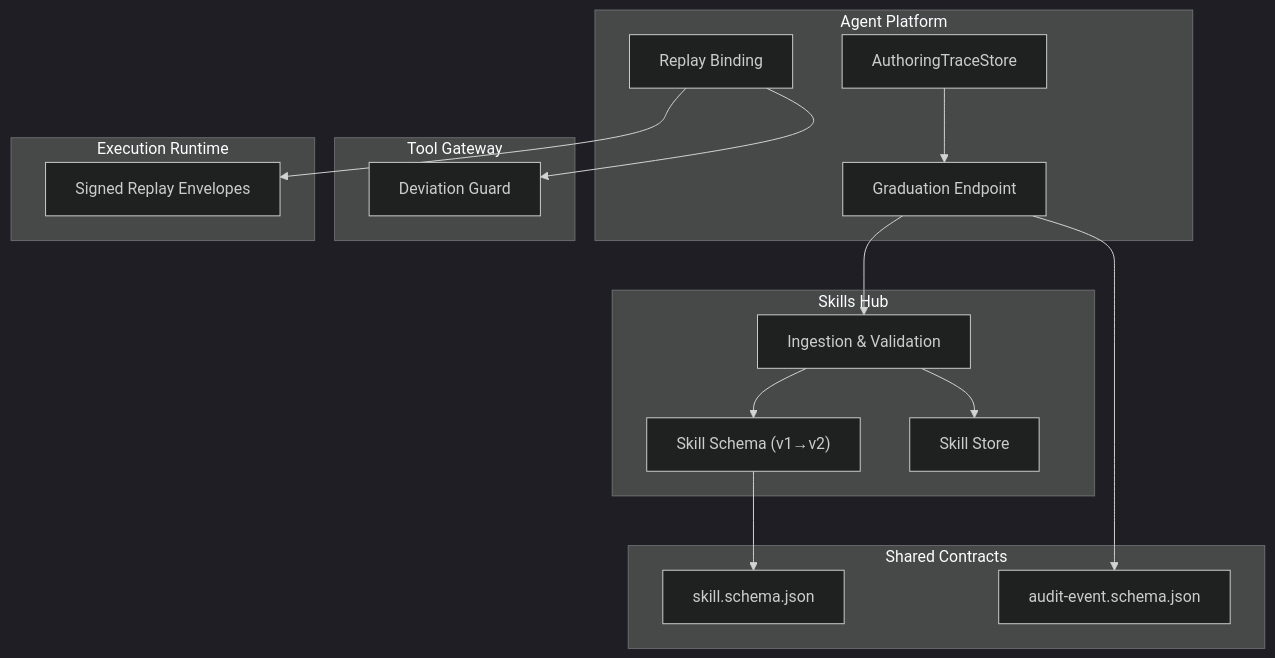
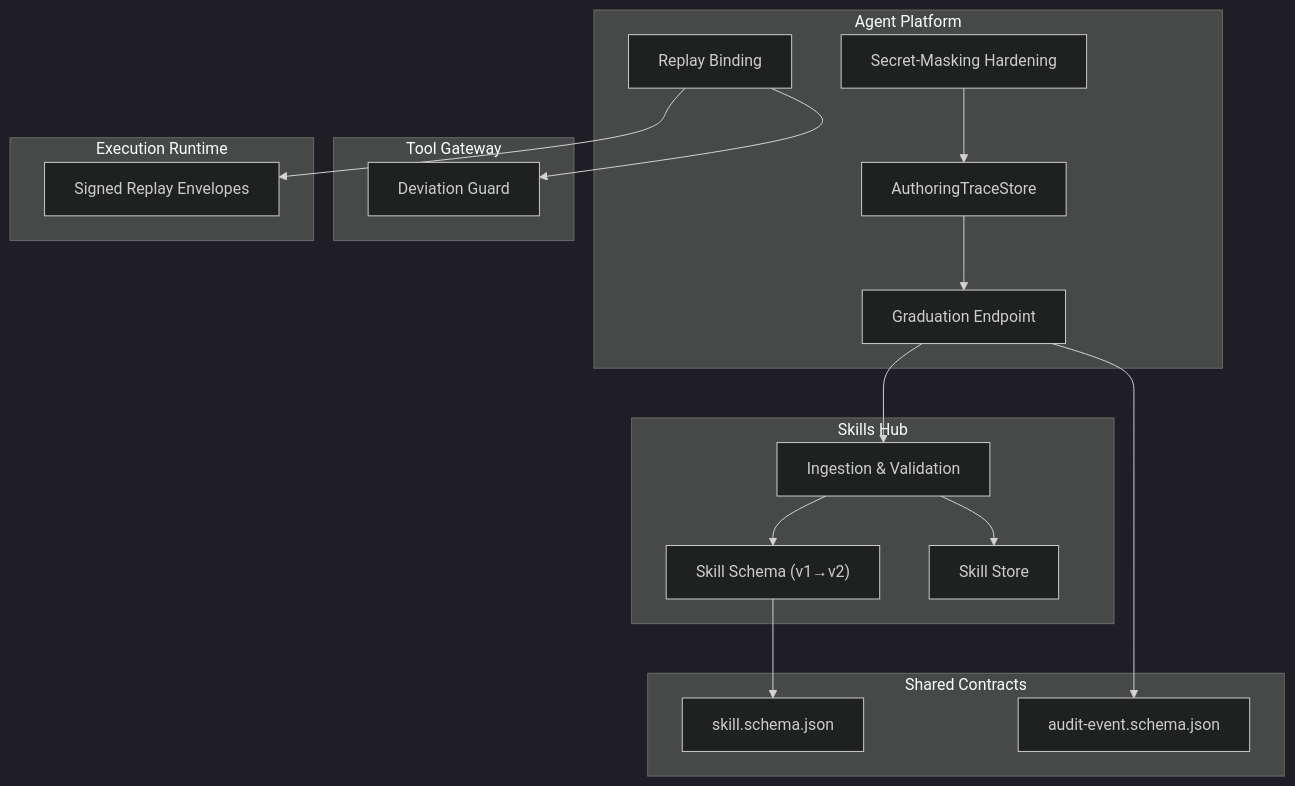
One commit to metasync/luban-aiops changed the first of 9 diagrams in .qoder/repowiki/en/content/Architecture Documentation/SPEC-055_ Develop-as-You-Go Skill Graduation.md. Above: the diagram before and after it, drawn with Mermaid (dark theme). The commit also changed other lines of this file and 6 other files, not shown here.

````diff
--- a/.qoder/repowiki/en/content/Architecture Documentation/SPEC-055_ Develop-as-You-Go Skill Graduation.md
+++ b/.qoder/repowiki/en/content/Architecture Documentation/SPEC-055_ Develop-as-You-Go Skill Graduation.md
@@ -41,31 +54,33 @@
 ```mermaid
 graph TB
 subgraph "Agent Platform"
 AP_trace["AuthoringTraceStore"]
 AP_grad["Graduation Endpoint"]
 AP_replay["Replay Binding"]
+AP_mask["Secret-Masking Hardening"]
 end
 subgraph "Skills Hub"
 SH_ingest["Ingestion & Validation"]
 SH_schema["Skill Schema (v1→v2)"]
 SH_store["Skill Store"]
 end
 subgraph "Tool Gateway"
 TG_guard["Deviation Guard"]
 end
 subgraph "Execution Runtime"
 ER_sign["Signed Replay Envelopes"]
 end
 subgraph "Shared Contracts"
 SC_skill["skill.schema.json"]
 SC_audit["audit-event.schema.json"]
 end
 AP_trace --> AP_grad
 AP_grad --> SH_ingest
 SH_ingest --> SH_schema
 SH_ingest --> SH_store
 AP_replay --> TG_guard
 AP_replay --> ER_sign
+AP_mask --> AP_trace
 SH_schema --> SC_skill
 AP_grad --> SC_audit
 ```
````
